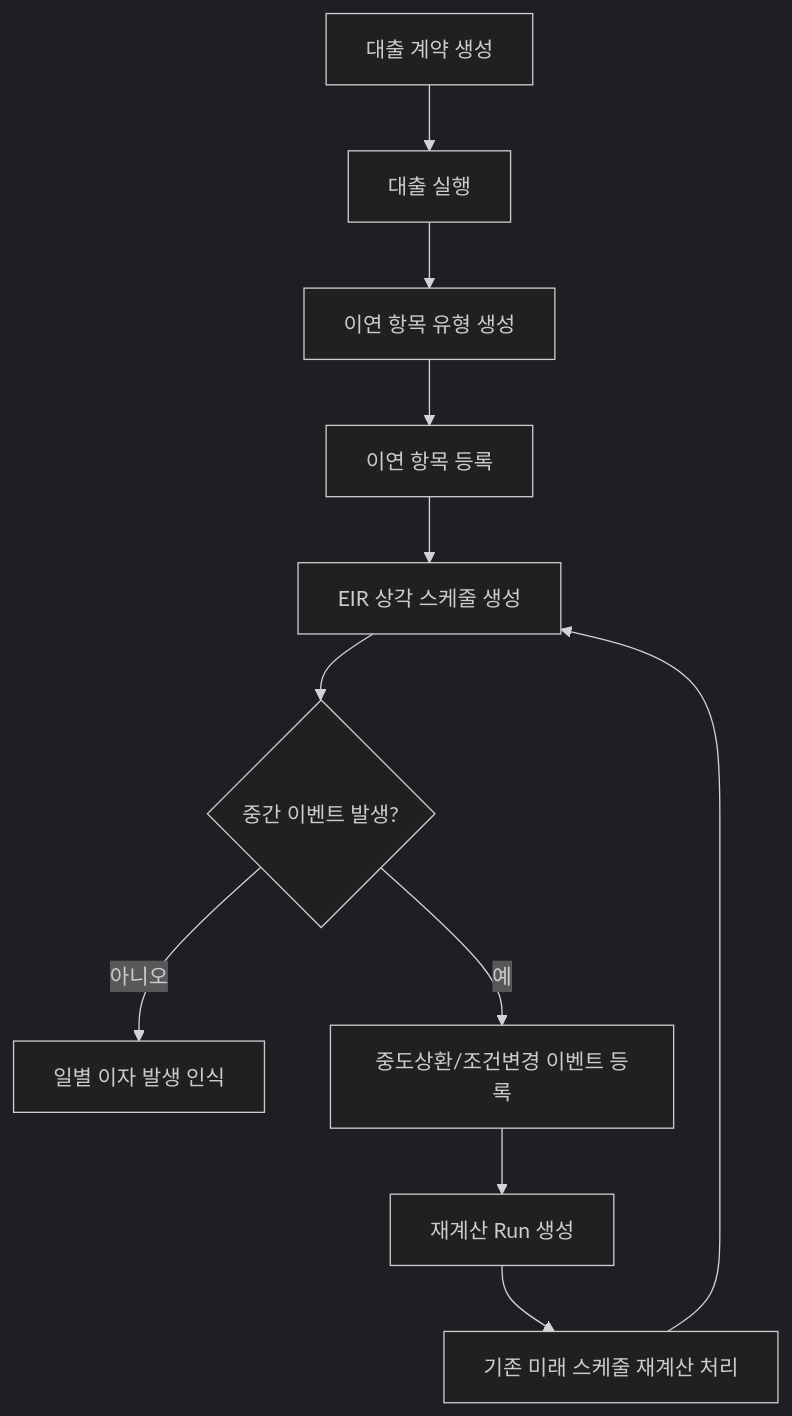
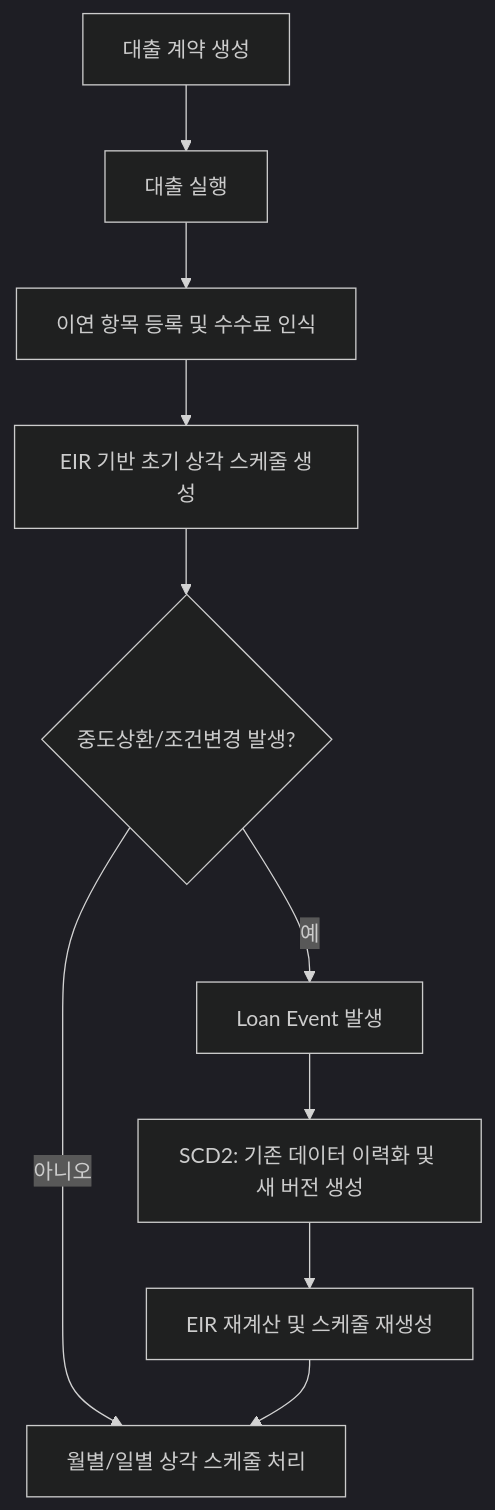
One commit to skyg547/account changed the first of 2 diagrams in loan/docs/process-flow.md. Above: the diagram before and after it, drawn with Mermaid (dark theme). The commit also changed other lines of this file and 94 other files, not shown here.

````diff
--- a/loan/docs/process-flow.md
+++ b/loan/docs/process-flow.md
@@ -5,13 +5,12 @@
 ```mermaid
 flowchart TD
     A[대출 계약 생성] --> B[대출 실행]
-    B --> C[이연 항목 유형 생성]
-    C --> D[이연 항목 등록]
-    D --> E[EIR 상각 스케줄 생성]
-    E --> F{중간 이벤트 발생?}
-    F -- 아니오 --> G[일별 이자 발생 인식]
-    F -- 예 --> H[중도상환/조건변경 이벤트 등록]
-    H --> I[재계산 Run 생성]
-    I --> J[기존 미래 스케줄 재계산 처리]
-    J --> E
+    B --> C[이연 항목 등록 및 수수료 인식]
+    C --> D[EIR 기반 초기 상각 스케줄 생성]
+    D --> E{중도상환/조건변경 발생?}
+    E -- 아니오 --> F[월별/일별 상각 스케줄 처리]
+    E -- 예 --> G[Loan Event 발생]
+    G --> H[SCD2: 기존 데이터 이력화 및 새 버전 생성]
+    H --> I[EIR 재계산 및 스케줄 재생성]
+    I --> F
 ```
````
